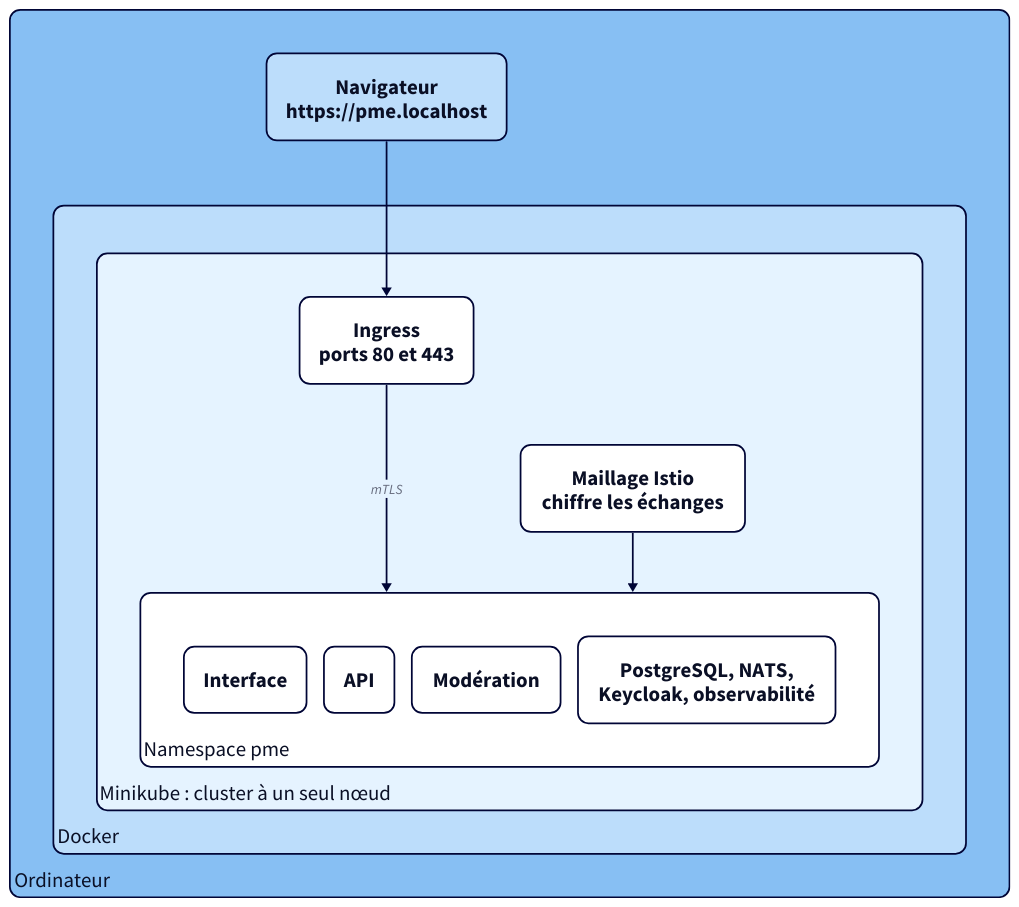
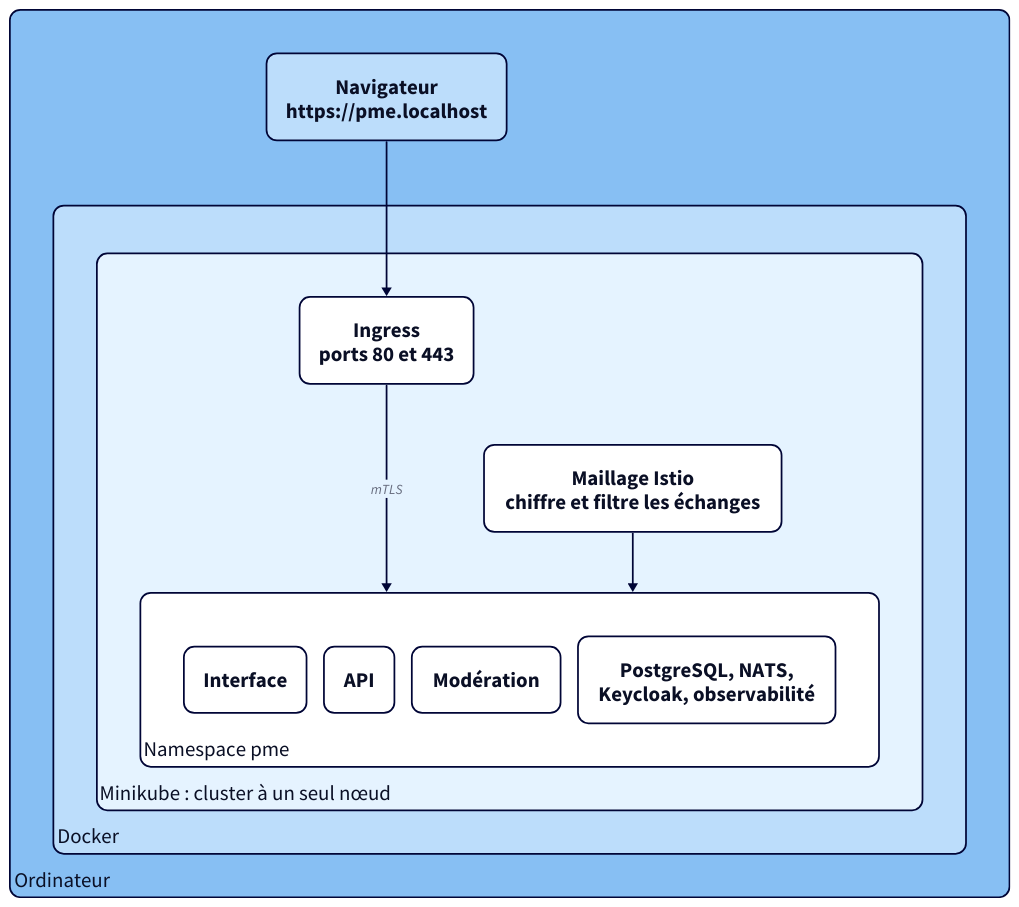
Before and after one commit to kitaah/pme: the diagram in docs/outils/minikube.md, drawn with D2. The commit also changed other lines of this file and 26 other files, not shown here.

````diff
--- a/docs/outils/minikube.md
+++ b/docs/outils/minikube.md
@@ -32,46 +32,46 @@
 ```d2
 vars: {
   d2-config: {
     layout-engine: elk
     theme-id: 5
     pad: 8
   }
 }
 direction: down
 
 # Mise en forme commune : texte lisible à la largeur de la page, angles arrondis
 classes: {
   boite: {
     style: {
       font-size: 24
       border-radius: 12
     }
   }
 }
 ordinateur: Ordinateur {
   label.near: bottom-left
   class: boite
   navigateur: "Navigateur\nhttps://pme.localhost" {class: boite}
   docker: Docker {
     label.near: bottom-left
     class: boite
     minikube: "Minikube : cluster à un seul nœud" {
       label.near: bottom-left
       class: boite
       ingress: "Ingress\nports 80 et 443" {class: boite}
-      istio: "Maillage Istio\nchiffre les échanges" {class: boite}
+      istio: "Maillage Istio\nchiffre et filtre les échanges" {class: boite}
       pme: "Namespace pme" {
         label.near: bottom-left
         class: boite
         interface: Interface {class: boite}
         api: API {class: boite}
         moderation: Modération {class: boite}
         donnees: "PostgreSQL, NATS,\nKeycloak, observabilité" {class: boite}
       }
     }
   }
 }
 ordinateur.navigateur -> ordinateur.docker.minikube.ingress
 ordinateur.docker.minikube.ingress -> ordinateur.docker.minikube.pme: "mTLS"
 ordinateur.docker.minikube.istio -> ordinateur.docker.minikube.pme
 ```
````
